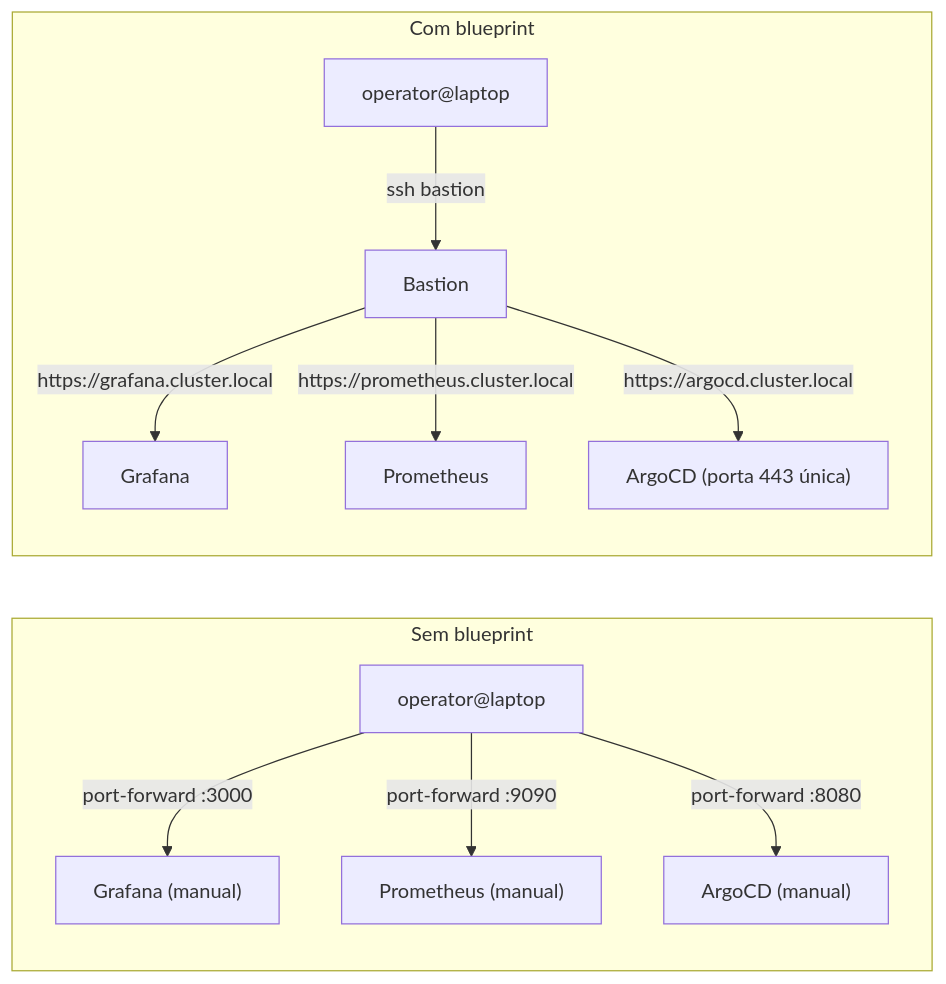
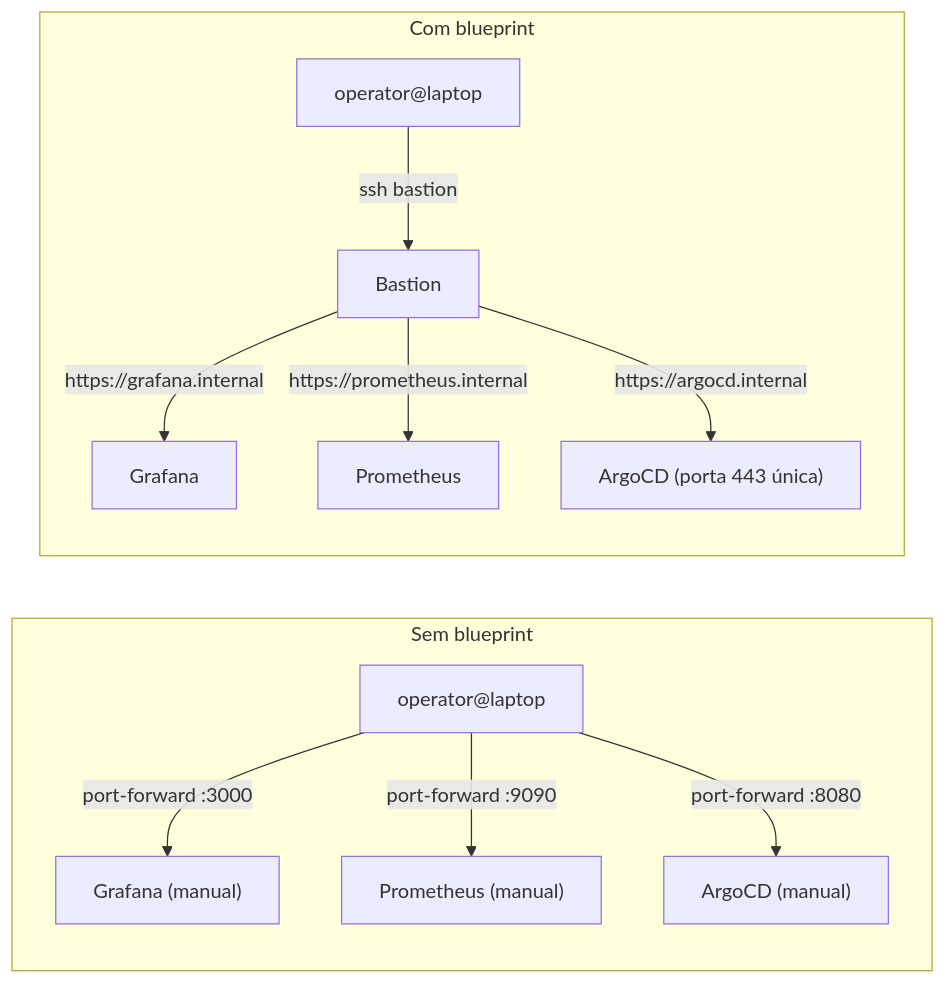
Before and after one commit to guesant/cluster-management-notes: the first of 3 diagrams in src/content/docs/guides/blueprints/dns-and-reverse-proxy/index.mdx, drawn with Mermaid. The commit also changed other lines of this file and 8 other files, not shown here.

````diff
--- a/src/content/docs/guides/blueprints/dns-and-reverse-proxy/index.mdx
+++ b/src/content/docs/guides/blueprints/dns-and-reverse-proxy/index.mdx
@@ -22,17 +22,17 @@
 ```mermaid
 graph LR
     subgraph Before["Sem blueprint"]
         L1["operator@laptop"]
         L1 -->|"port-forward :3000"| G["Grafana (manual)"]
         L1 -->|"port-forward :9090"| P["Prometheus (manual)"]
         L1 -->|"port-forward :8080"| A["ArgoCD (manual)"]
     end
 
     subgraph After["Com blueprint"]
         L2["operator@laptop"]
         L2 -->|"ssh bastion"| B["Bastion"]
-        B -->|"https://grafana.cluster.local"| G2["Grafana"]
-        B -->|"https://prometheus.cluster.local"| P2["Prometheus"]
-        B -->|"https://argocd.cluster.local"| A2["ArgoCD (porta 443 única)"]
+        B -->|"https://grafana.internal"| G2["Grafana"]
+        B -->|"https://prometheus.internal"| P2["Prometheus"]
+        B -->|"https://argocd.internal"| A2["ArgoCD (porta 443 única)"]
     end
 ```
````
